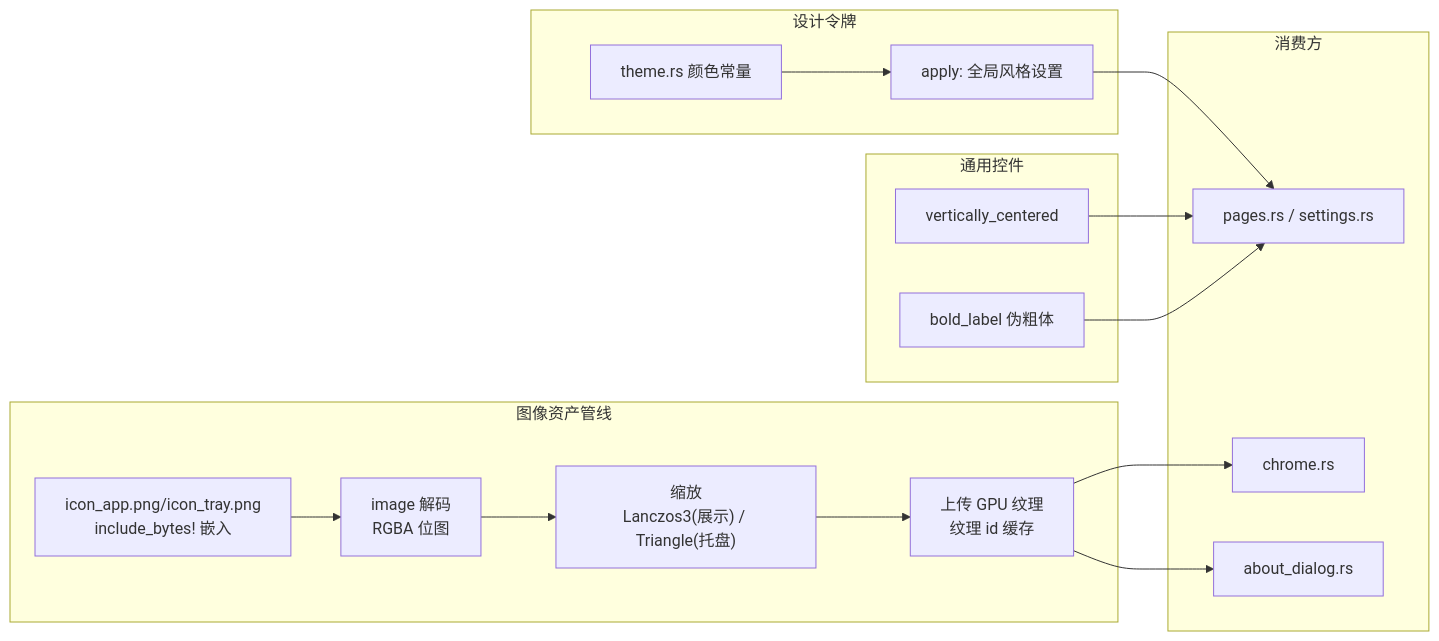
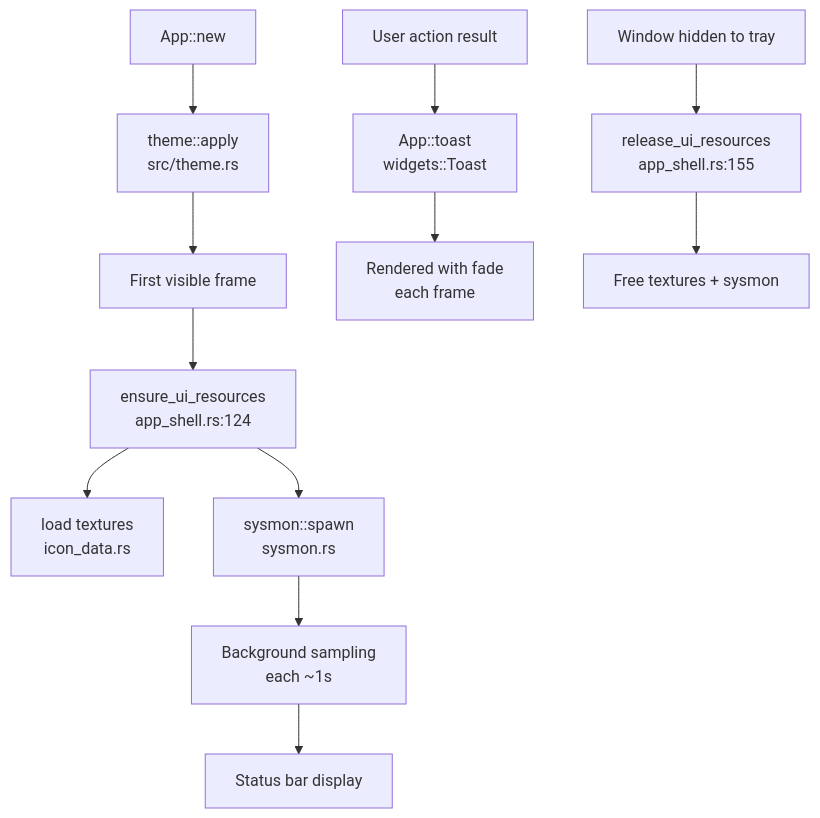
One commit to sopaco/CLV3000 changed the diagram in .terrain/human/4.Deep-Exploration/ui-infra.md. Above: the diagram before and after it, drawn with Mermaid. The commit also changed other lines of this file and 14 other files, not shown here.

````diff
--- a/.terrain/human/4.Deep-Exploration/ui-infra.md
+++ b/.terrain/human/4.Deep-Exploration/ui-infra.md
@@ -27,30 +49,16 @@
 ```mermaid
-flowchart LR
-    subgraph assets["图像资产管线"]
-        png["icon_app.png/icon_tray.png<br/>include_bytes! 嵌入"]
-        decode["image 解码<br/>RGBA 位图"]
-        scale["缩放<br/>Lanczos3(展示) / Triangle(托盘)"]
-        tex["上传 GPU 纹理<br/>纹理 id 缓存"]
-    end
-    subgraph tokens["设计令牌"]
-        colors["theme.rs 颜色常量"]
-        apply0["apply: 全局风格设置"]
-    end
-    subgraph widgets0["通用控件"]
-        cent["vertically_centered"]
-        bold["bold_label 伪粗体"]
-    end
-    subgraph render0["消费方"]
-        pages["pages.rs / settings.rs"]
-        chrome["chrome.rs"]
-        about["about_dialog.rs"]
-    end
-
-    png --> decode --> scale --> tex
-    colors --> apply0
-    apply0 --> pages
-    cent --> pages
-    bold --> pages
-    tex --> about
-    tex --> chrome
+flowchart TD
+    A["App::new"] --> B["theme::apply<br/>src/theme.rs"]
+    B --> C["First visible frame"]
+    C --> D["ensure_ui_resources<br/>app_shell.rs:124"]
+    D --> E["load textures<br/>icon_data.rs"]
+    D --> F["sysmon::spawn<br/>sysmon.rs"]
+    F --> G["Background sampling<br/>each ~1s"]
+    G --> H["Status bar display"]
+    
+    I["User action result"] --> J["App::toast<br/>widgets::Toast"]
+    J --> K["Rendered with fade<br/>each frame"]
+    
+    L["Window hidden to tray"] --> M["release_ui_resources<br/>app_shell.rs:155"]
+    M --> N["Free textures + sysmon"]
 ```
````
